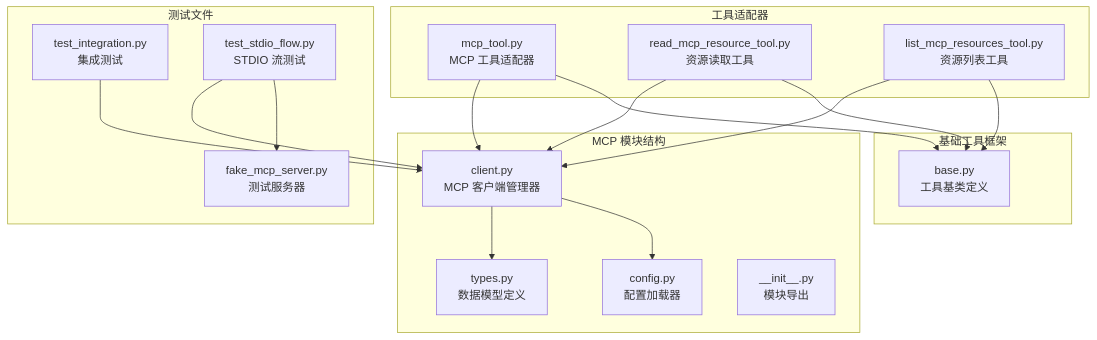
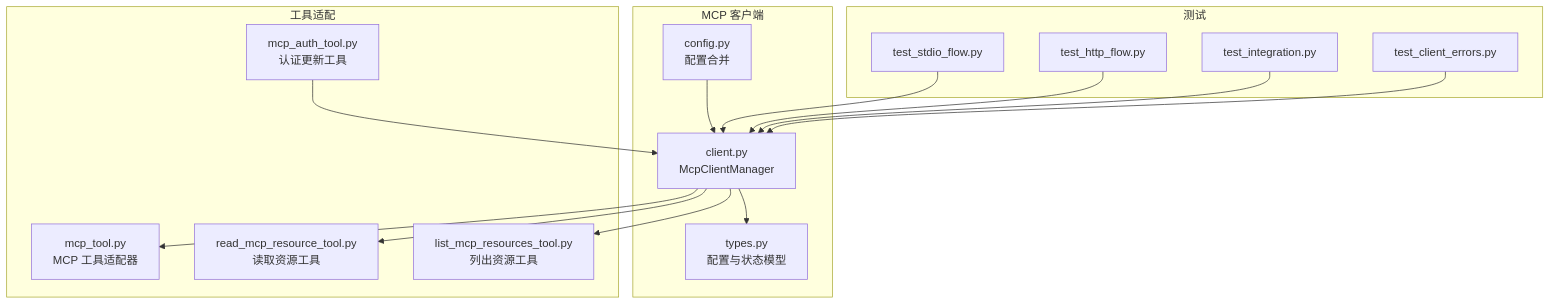
One commit to haolange/OpenHarness changed the first of 7 diagrams in .qoder/repowiki/zh/content/MCP 协议支持/MCP 客户端实现.md. Above: the diagram before and after it, drawn with Mermaid. The commit also changed other lines of this file and 222 other files, not shown here.

````diff
--- a/.qoder/repowiki/zh/content/MCP 协议支持/MCP 客户端实现.md
+++ b/.qoder/repowiki/zh/content/MCP 协议支持/MCP 客户端实现.md
@@ -39,33 +40,30 @@
 ```mermaid
 graph TB
-subgraph "MCP 模块结构"
-A[client.py<br/>MCP 客户端管理器]
-B[types.py<br/>数据模型定义]
-C[config.py<br/>配置加载器]
-D[__init__.py<br/>模块导出]
+subgraph "MCP 客户端"
+A["client.py<br/>McpClientManager"]
+B["types.py<br/>配置与状态模型"]
+C["config.py<br/>配置合并"]
 end
-subgraph "工具适配器"
-E[mcp_tool.py<br/>MCP 工具适配器]
-F[read_mcp_resource_tool.py<br/>资源读取工具]
-G[list_mcp_resources_tool.py<br/>资源列表工具]
+subgraph "工具适配"
+D["mcp_tool.py<br/>MCP 工具适配器"]
+E["read_mcp_resource_tool.py<br/>读取资源工具"]
+F["list_mcp_resources_tool.py<br/>列出资源工具"]
+G["mcp_auth_tool.py<br/>认证更新工具"]
 end
-subgraph "基础工具框架"
-H[base.py<br/>工具基类定义]
-end
-subgraph "测试文件"
-I[test_integration.py<br/>集成测试]
-J[test_stdio_flow.py<br/>STDIO 流测试]
-K[fake_mcp_server.py<br/>测试服务器]
+subgraph "测试"
+T1["test_stdio_flow.py"]
+T2["test_http_flow.py"]
+T3["test_integration.py"]
+T4["test_client_errors.py"]
 end
 A --> B
-A --> C
-E --> A
-F --> A
+A --> D
+A --> E
+A --> F
+C --> A
 G --> A
-E --> H
-F --> H
-G --> H
-I --> A
-J --> A
-J --> K
+T1 --> A
+T2 --> A
+T3 --> A
+T4 --> A
 ```
````
